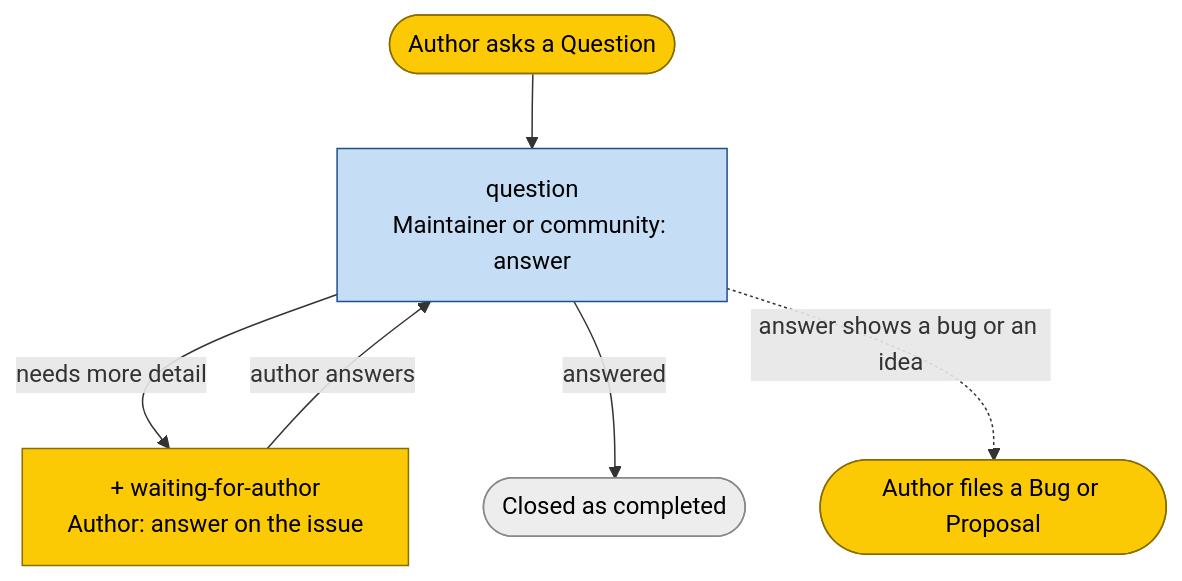
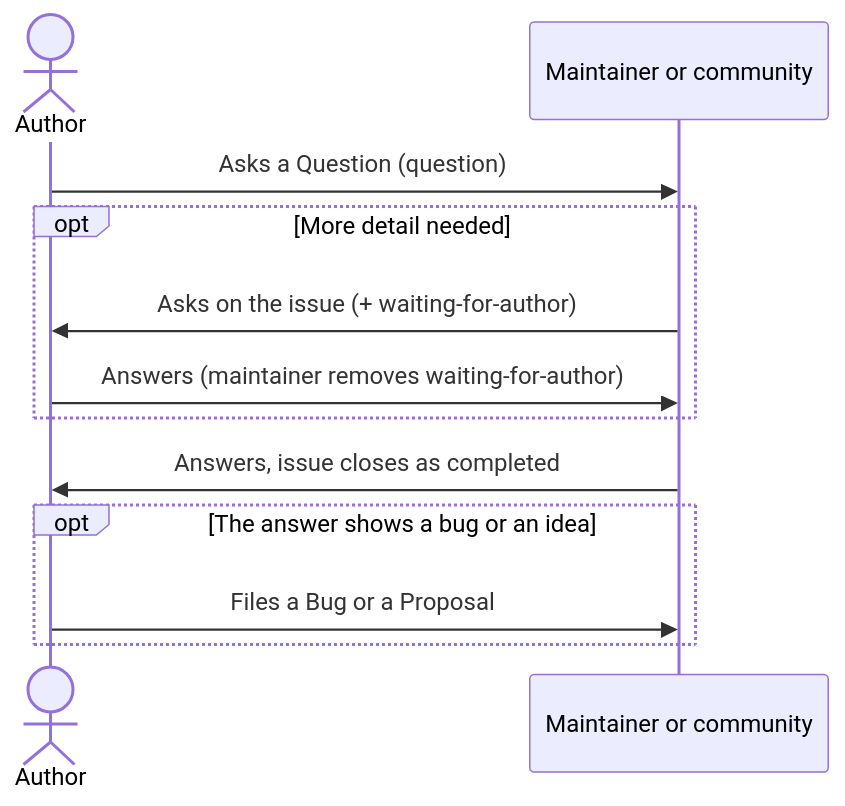
One commit to pomodorozhong/jadereaper changed the third of 3 diagrams in .github/labels.md. Above: the diagram before and after it, drawn with Mermaid. The commit also changed other lines of this file, not shown here.

First line of the commit message:
docs: draw the label charts as swimlanes

````diff
--- a/.github/labels.md
+++ b/.github/labels.md
@@ -82,15 +77,14 @@
 ```mermaid
-flowchart TD
-  filed(["Author asks a Question"]) --> question["question<br>Maintainer or community: answer"]
-  question -- "needs more detail" --> wait["+ waiting-for-author<br>Author: answer on the issue"]
-  wait -- "author answers" --> question
-  question -- "answered" --> closed(["Closed as completed"])
-  question -. "answer shows a bug or an idea" .-> new(["Author files a Bug or Proposal"])
-
-  classDef maintainer fill:#c5def5,stroke:#1f4f8a,color:#000
-  classDef author fill:#fbca04,stroke:#8a6d00,color:#000
-  classDef idle fill:#ededed,stroke:#888,color:#000
-  class question maintainer
-  class wait,filed,new author
-  class closed idle
+sequenceDiagram
+  actor A as Author
+  participant M as Maintainer or community
+  A->>M: Asks a Question (question)
+  opt More detail needed
+    M->>A: Asks on the issue (+ waiting-for-author)
+    A->>M: Answers (maintainer removes waiting-for-author)
+  end
+  M->>A: Answers, issue closes as completed
+  opt The answer shows a bug or an idea
+    A->>M: Files a Bug or a Proposal
+  end
 ```
````
